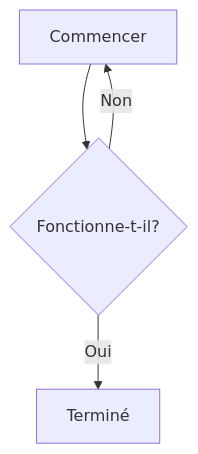
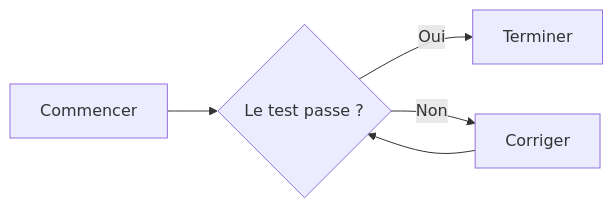
The first of 38 diagrams in cours/Mermaid pour Obsidian.md (michaellaunay/NotesPubliques), drawn with Mermaid before and after one commit. The commit also changed other lines of this file, not shown here.

````diff
--- a/cours/Mermaid pour Obsidian.md
+++ b/cours/Mermaid pour Obsidian.md
@@ -68,6 +210,7 @@
 ```mermaid
-graph TD
-A[Commencer] --> B{Fonctionne-t-il?}
-B -->|Oui| C[Terminé]
-B -->|Non| A
+flowchart LR
+    A[Commencer] --> B{Le test passe ?}
+    B -->|Oui| C[Terminer]
+    B -->|Non| D[Corriger]
+    D --> B
 ```
````
